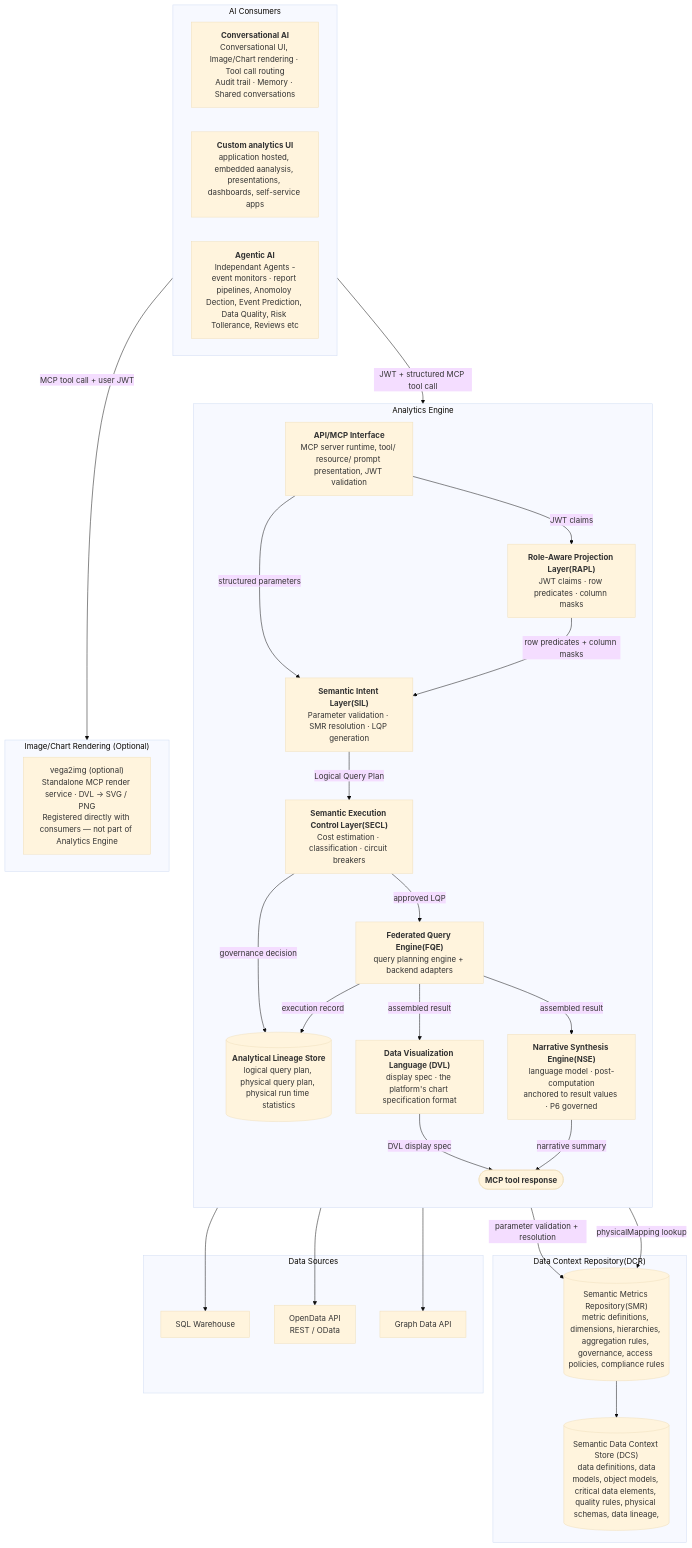
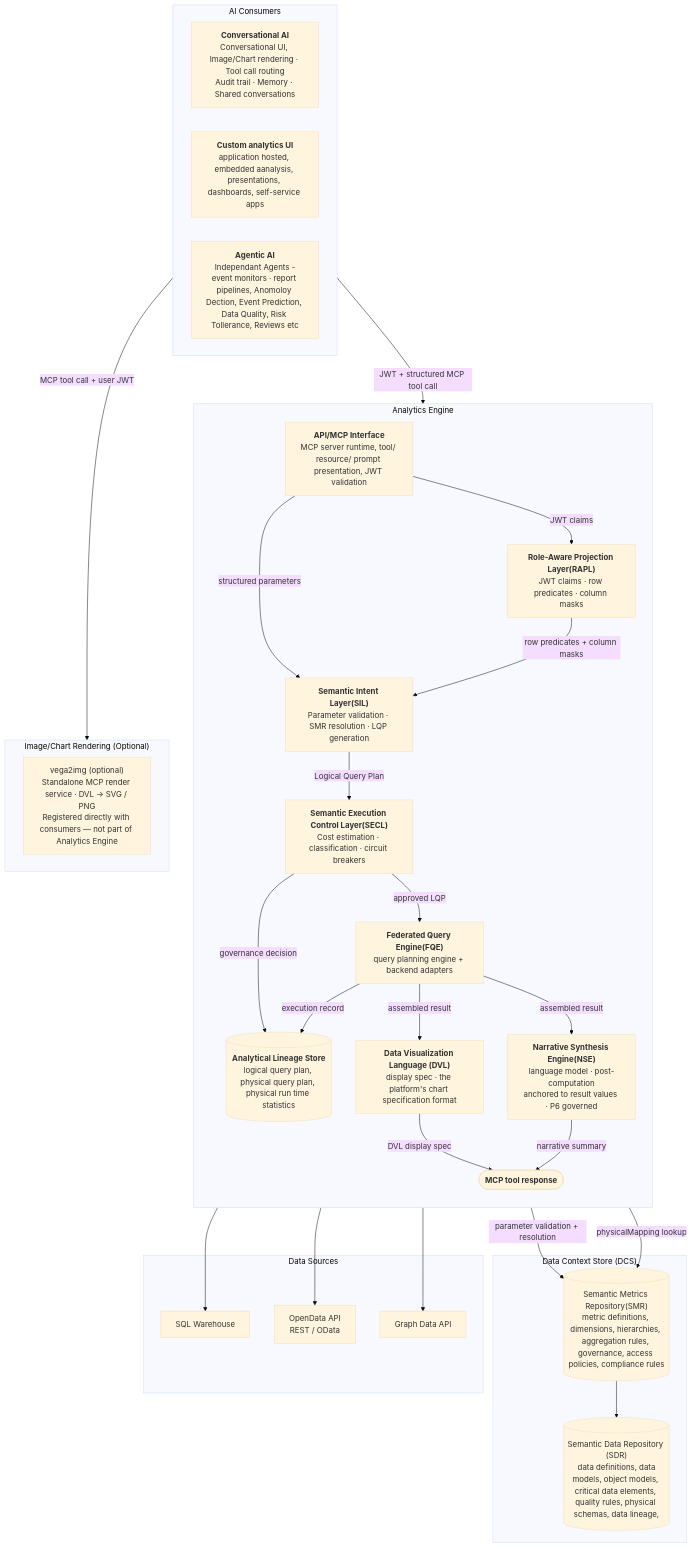
Before and after one commit to M-A-Operating-System/shared-work: the first of 6 diagrams in docs/product/analytics/02-core-capabilities.md, drawn with Mermaid (base theme). The commit also changed other lines of this file and 1 other file, not shown here.

First line of the commit message:
Rename DCR→DCS and DCS→SDR across docs (partial — agent still running)

````diff
--- a/docs/product/analytics/02-core-capabilities.md
+++ b/docs/product/analytics/02-core-capabilities.md
@@ -57,55 +57,55 @@
 ```mermaid
 flowchart TD
     subgraph Consumers["AI Consumers"]
         direction LR
         ChatComp["<b>Conversational AI</b>\nConversational UI, Image/Chart rendering · Tool call routing\nAudit trail · Memory · Shared conversations"]
         CustomUI["<b>Custom analytics UI</b>\napplication hosted, embedded aanalysis, presentations, dashboards, self-service apps"]
         Agents["<b>Agentic AI</b>\n Independant Agents - event monitors · report pipelines, Anomoloy Dection, Event Prediction, Data Quality, Risk Tollerance, Reviews etc"]
     end
 
     subgraph analytics["Analytics Engine"]
         direction TB
         MCP["<b>API/MCP Interface</b>\nMCP server runtime, tool/ resource/ prompt presentation, JWT validation"]
         SIL["<b>Semantic Intent Layer(SIL)</b>\nParameter validation · SMR resolution · LQP generation"]
         RAPL["<b>Role-Aware Projection Layer(RAPL)</b>\nJWT claims · row predicates · column masks"]
         SEG["<b>Semantic Execution Control Layer(SECL)</b>\nCost estimation · classification · circuit breakers"]
         FQE["<b>Federated Query Engine(FQE)</b>\nquery planning engine + backend adapters"]
         VO["<b>Data Visualization Language (DVL)</b>\ndisplay spec · the platform's chart specification format"]
         NSE["<b>Narrative Synthesis Engine(NSE)</b>\nlanguage model · post-computation\nanchored to result values · P6 governed"]
         LS[("<b>Analytical Lineage Store</b>\nlogical query plan, physical query plan, physical run time statistics")]
         Result(["<b>MCP tool response</b\nwrapped display_spec + data + narrative + provenance artifact(optional) + result_id"])
     end
 
      subgraph Image["Image/Chart Rendering (Optional)"]
             vega2img["vega2img (optional)\nStandalone MCP render service · DVL → SVG / PNG\nRegistered directly with consumers — not part of Analytics Engine"]
     end
 
-    subgraph dcr["Data Context Repository(DCR)"]
+    subgraph dcs["Data Context Store (DCS)"]
         SMR[("Semantic Metrics Repository(SMR)\nmetric definitions, dimensions, hierarchies, aggregation rules, governance, access policies, compliance rules ")]
-        DCS[("Semantic Data Context Store (DCS)\n data definitions, data models, object models, critical data elements, quality rules, physical schemas, data lineage,")]
-        SMR --> DCS
+        SDR[("Semantic Data Repository (SDR)\n data definitions, data models, object models, critical data elements, quality rules, physical schemas, data lineage,")]
+        SMR --> SDR
     end
 
     subgraph backends["Data Sources"]
         SQL["SQL Warehouse"]
         ODA["OpenData API\nREST / OData"]
         GDA["Graph Data API"]
     end
 
     Consumers -->|"JWT + structured MCP tool call"| MCP
     Consumers -->|"MCP tool call + user JWT"| Image
     MCP -->|"structured parameters"| SIL
     MCP -->|"JWT claims"| RAPL
     RAPL -->|"row predicates + column masks"| SIL
     SIL -->|"parameter validation + resolution"| SMR
     SIL -->|"Logical Query Plan"| SEG
     SEG -->|"approved LQP"| FQE
     SEG -->|"governance decision"| LS
     FQE -->|"physicalMapping lookup"| SMR
     FQE --> SQL & ODA & GDA
     FQE -->|"execution record"| LS
     FQE -->|"assembled result"| VO
     FQE -->|"assembled result"| NSE
     VO -->|"DVL display spec"| Result
     NSE -->|"narrative summary"| Result
 ```
````
